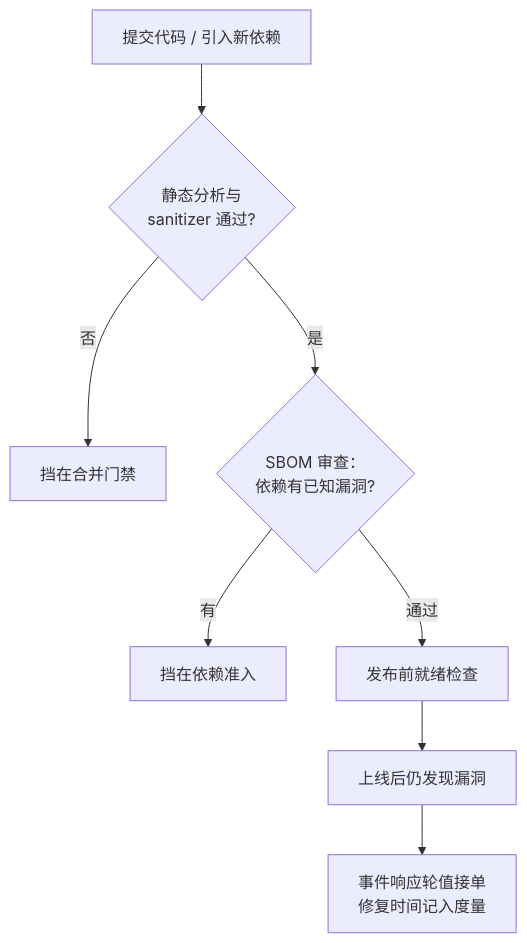
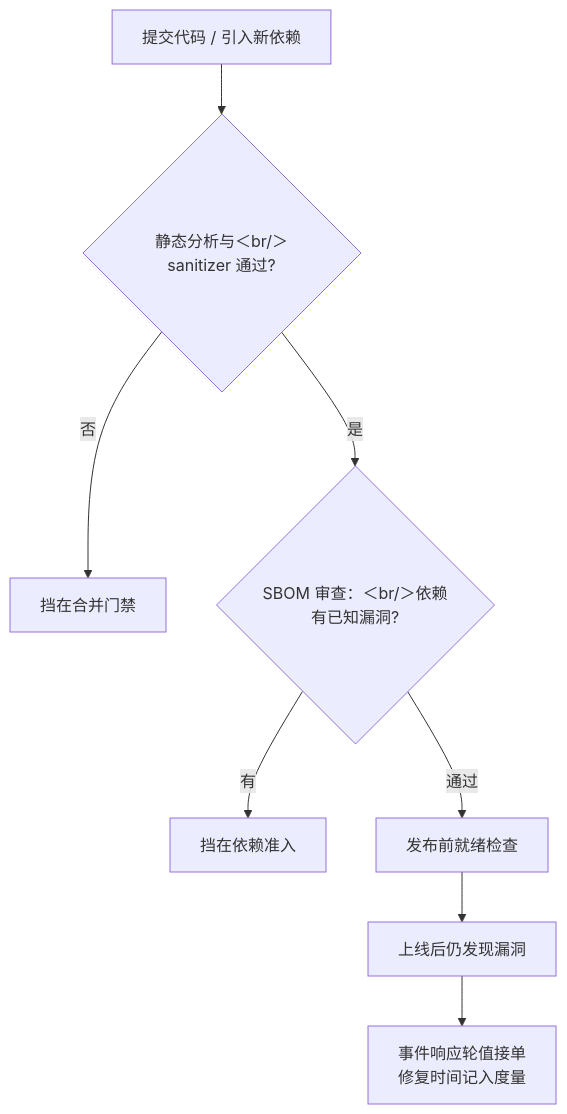
Before and after one commit to xhongduo-tech/xhongduo-tech.github.io: the second of 2 diagrams in docs/cs/sdl-lifecycle.md, drawn with Mermaid. The commit also changed 291 other files, not shown here.

Commit message:
Normalize lesson titles to tree names and repair mermaid arrow/quote syntax site-wide.

````diff
--- a/docs/cs/sdl-lifecycle.md
+++ b/docs/cs/sdl-lifecycle.md
@@ -43,10 +43,10 @@
 ```mermaid
 flowchart TD
-  MR["提交代码 / 引入新依赖"] --> G1{"静态分析与<br/>sanitizer 通过?"}
+  MR["提交代码 / 引入新依赖"] --> G1{"静态分析与＜br/＞sanitizer 通过?"}
   G1 -->|"否"| REJ1["挡在合并门禁"]
-  G1 -->|"是"| G2{"SBOM 审查：<br/>依赖有已知漏洞?"}
+  G1 -->|"是"| G2{"SBOM 审查：＜br/＞依赖有已知漏洞?"}
   G2 -->|"有"| REJ2["挡在依赖准入"]
   G2 -->|"通过"| REL["发布前就绪检查"]
   REL --> VULN["上线后仍发现漏洞"]
   VULN --> IR["事件响应轮值接单<br/>修复时间记入度量"]
 ```
````
